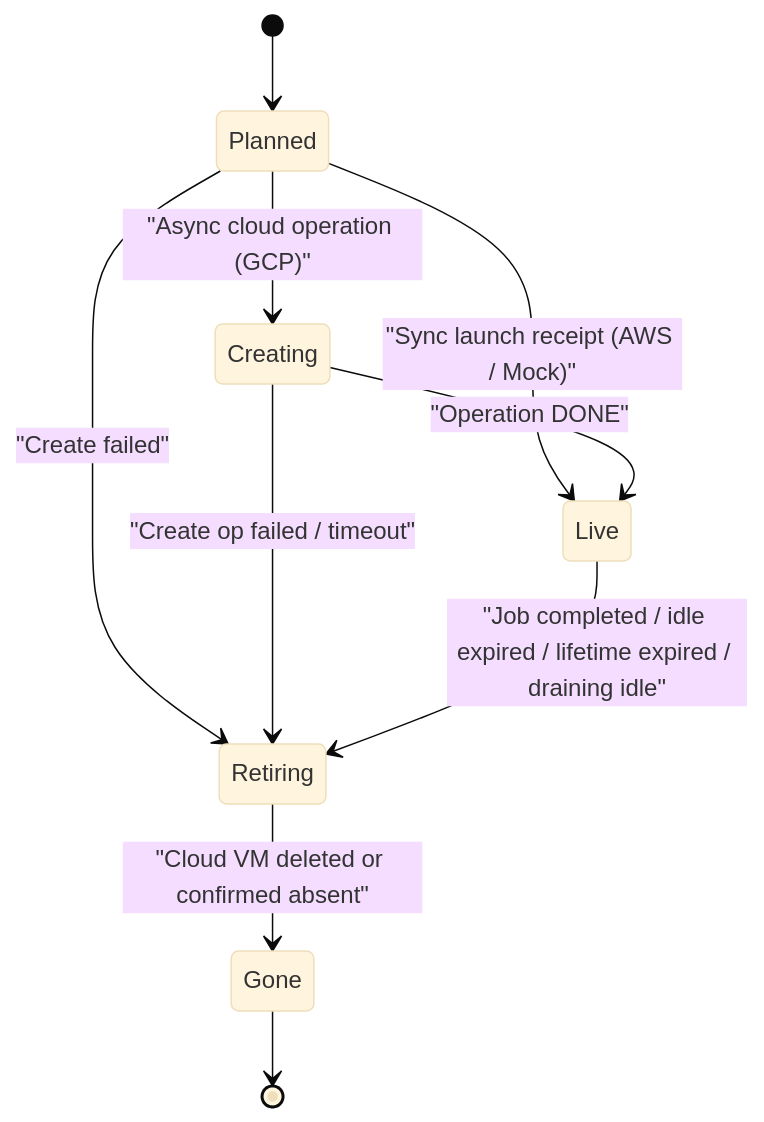
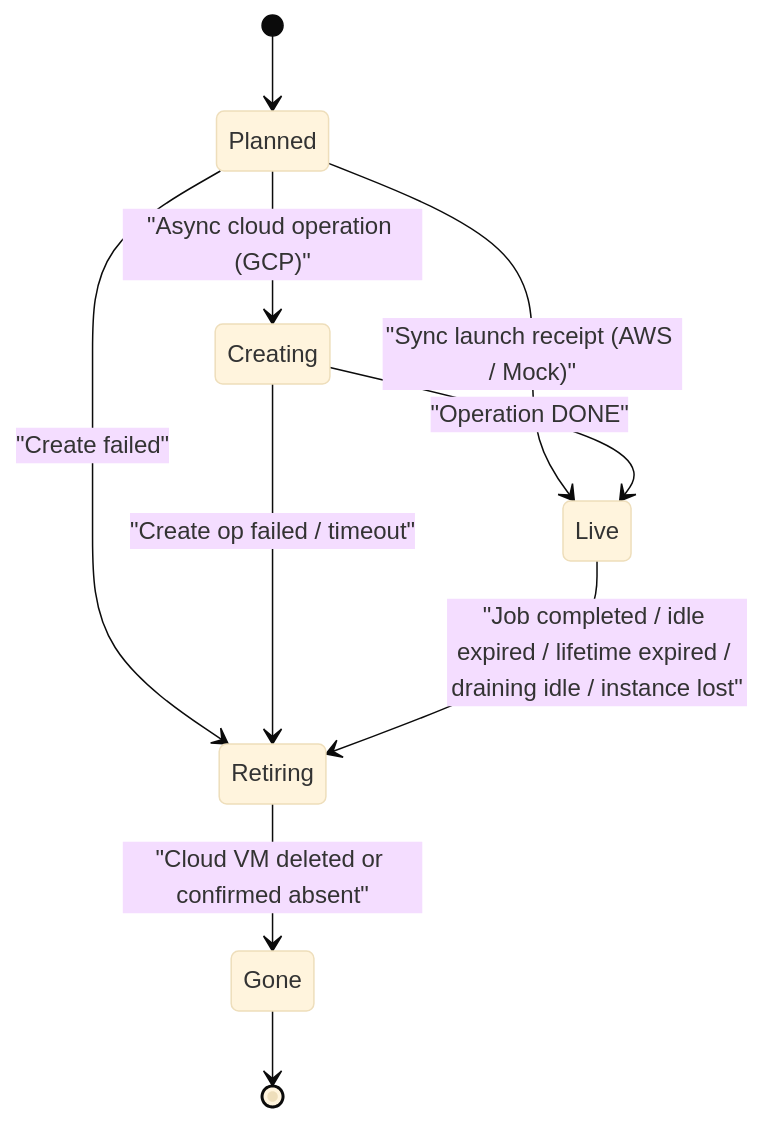
The second of 2 diagrams in docs/architecture.md (katchlabs/open-ci), drawn with Mermaid (base theme) before and after one commit. The commit also changed other lines of this file and 5 other files, not shown here.

````diff
--- a/docs/architecture.md
+++ b/docs/architecture.md
@@ -171,12 +171,12 @@
 ```mermaid
 stateDiagram-v2
     [*] --> Planned
     Planned --> Creating : "Async cloud operation (GCP)"
     Planned --> Live : "Sync launch receipt (AWS / Mock)"
     Planned --> Retiring : "Create failed"
     Creating --> Live : "Operation DONE"
     Creating --> Retiring : "Create op failed / timeout"
-    Live --> Retiring : "Job completed / idle expired / lifetime expired / draining idle"
+    Live --> Retiring : "Job completed / idle expired / lifetime expired / draining idle / instance lost"
     Retiring --> Gone : "Cloud VM deleted or confirmed absent"
     Gone --> [*]
 ```
````
